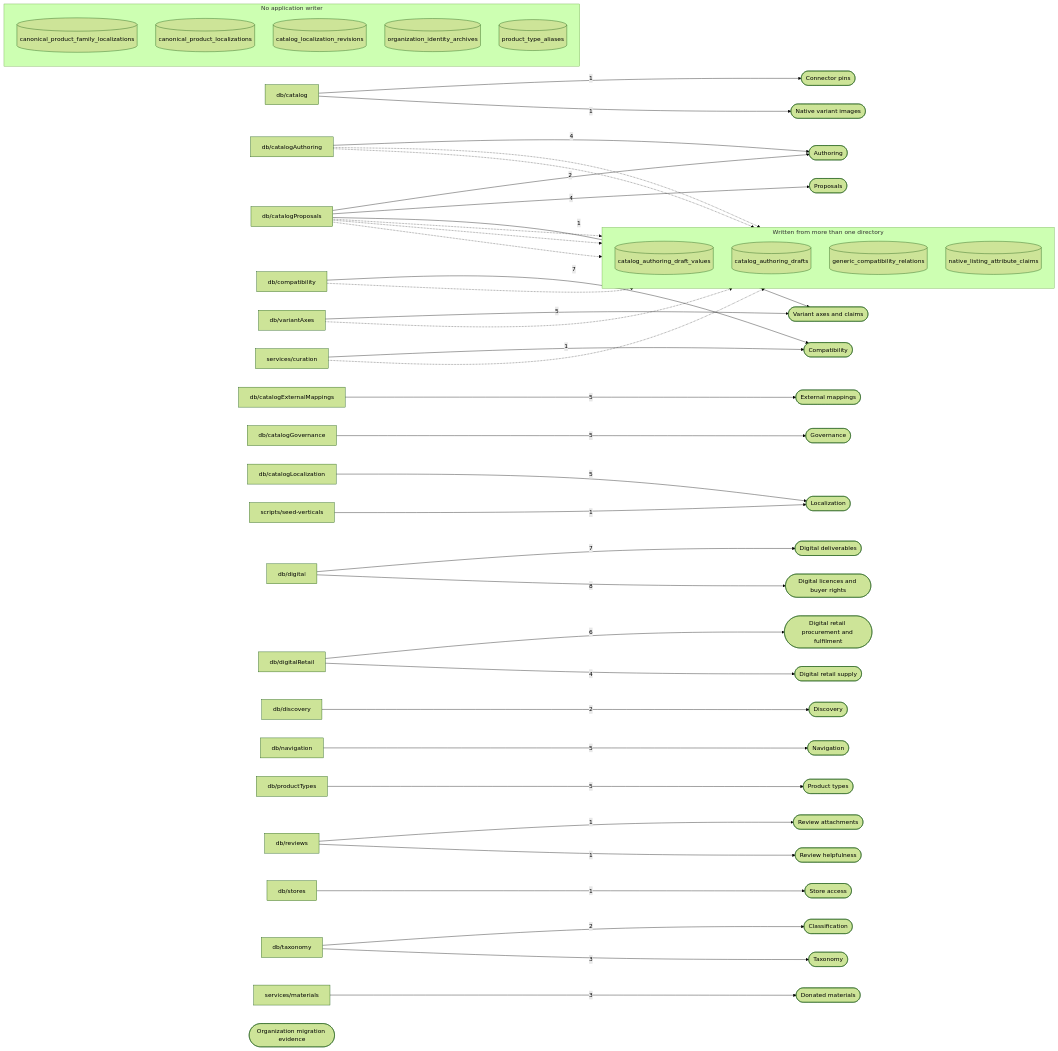
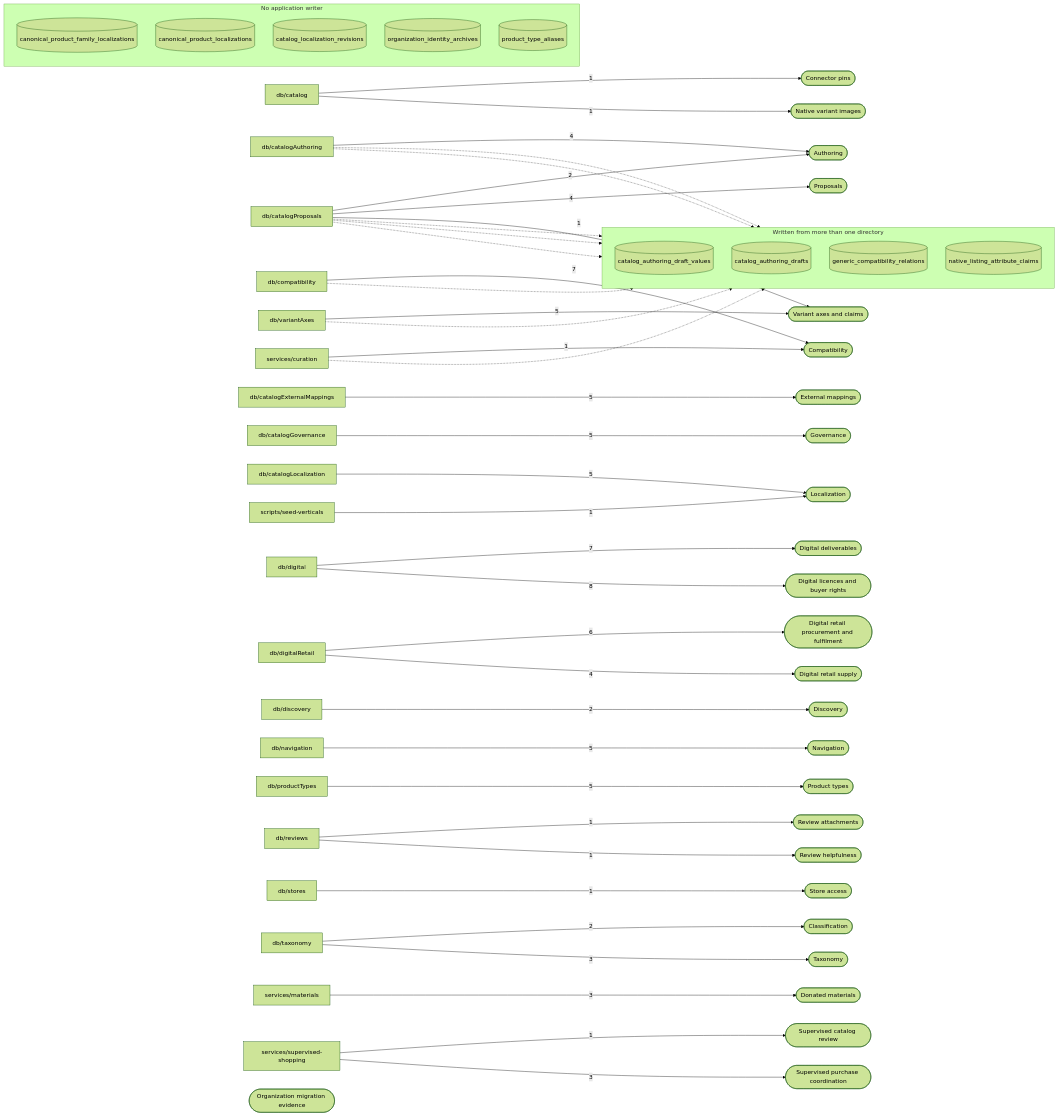
One commit to OxyHQ/Mercaria changed the second of 27 diagrams in docs/catalog-architecture-diagrams.md. Above: the diagram before and after it, drawn with Mermaid (forest theme). The commit also changed other lines of this file and 120 other files, not shown here.

First line of the commit message:
feat: supervised shopping with exact guardian purchase approval (#1103)

```diff
--- a/docs/catalog-architecture-diagrams.md
+++ b/docs/catalog-architecture-diagrams.md
@@ -237,6 +243,7 @@
     W_scripts_seed_verticals["scripts/seed-verticals"]
     W_services_curation["services/curation"]
     W_services_materials["services/materials"]
+    W_services_supervised_shopping["services/supervised-shopping"]
     M_Organization_migration_evidence(["Organization migration evidence"])
     M_Taxonomy(["Taxonomy"])
     M_Classification(["Classification"])
@@ -259,6 +266,8 @@
     M_Digital_retail_supply(["Digital retail supply"])
     M_Digital_retail_procurement_and_fulfilment(["Digital retail procurement and fulfilment"])
     M_Donated_materials(["Donated materials"])
+    M_Supervised_catalog_review(["Supervised catalog review"])
+    M_Supervised_purchase_coordination(["Supervised purchase coordination"])
     M_Store_access(["Store access"])
     W_db_catalog -->|"1"| M_Connector_pins
     W_db_catalog -->|"1"| M_Native_variant_images
@@ -286,6 +295,8 @@
     W_scripts_seed_verticals -->|"1"| M_Localization
     W_services_curation -->|"1"| M_Compatibility
     W_services_materials -->|"3"| M_Donated_materials
+    W_services_supervised_shopping -->|"1"| M_Supervised_catalog_review
+    W_services_supervised_shopping -->|"3"| M_Supervised_purchase_coordination
     subgraph shared["Written from more than one directory"]
         direction TB
         T_catalog_authoring_draft_values[("catalog_authoring_draft_values")]
```
